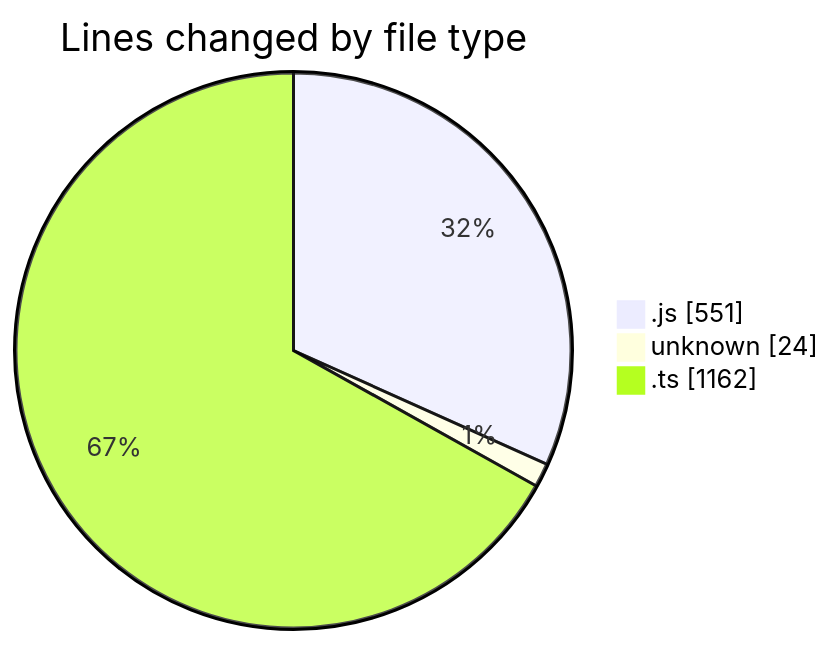
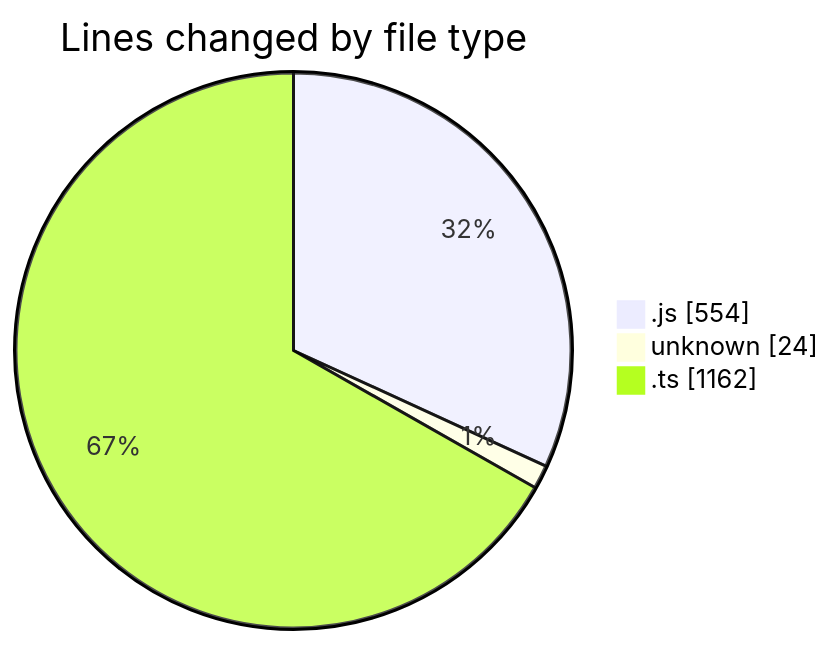
The first of 2 diagrams in 2025-02-05/cda/README.md (momahboobian/code-tracking), drawn with Mermaid before and after one commit. The commit also changed other lines of this file and 1 other file, not shown here.

````diff
--- a/2025-02-05/cda/README.md
+++ b/2025-02-05/cda/README.md
@@ -32,7 +32,7 @@
 ```mermaid
 pie showData
 title Lines changed by file type
-".js" : 551
+".js" : 554
 "unknown" : 24
 ".ts" : 1162
 ```
````
